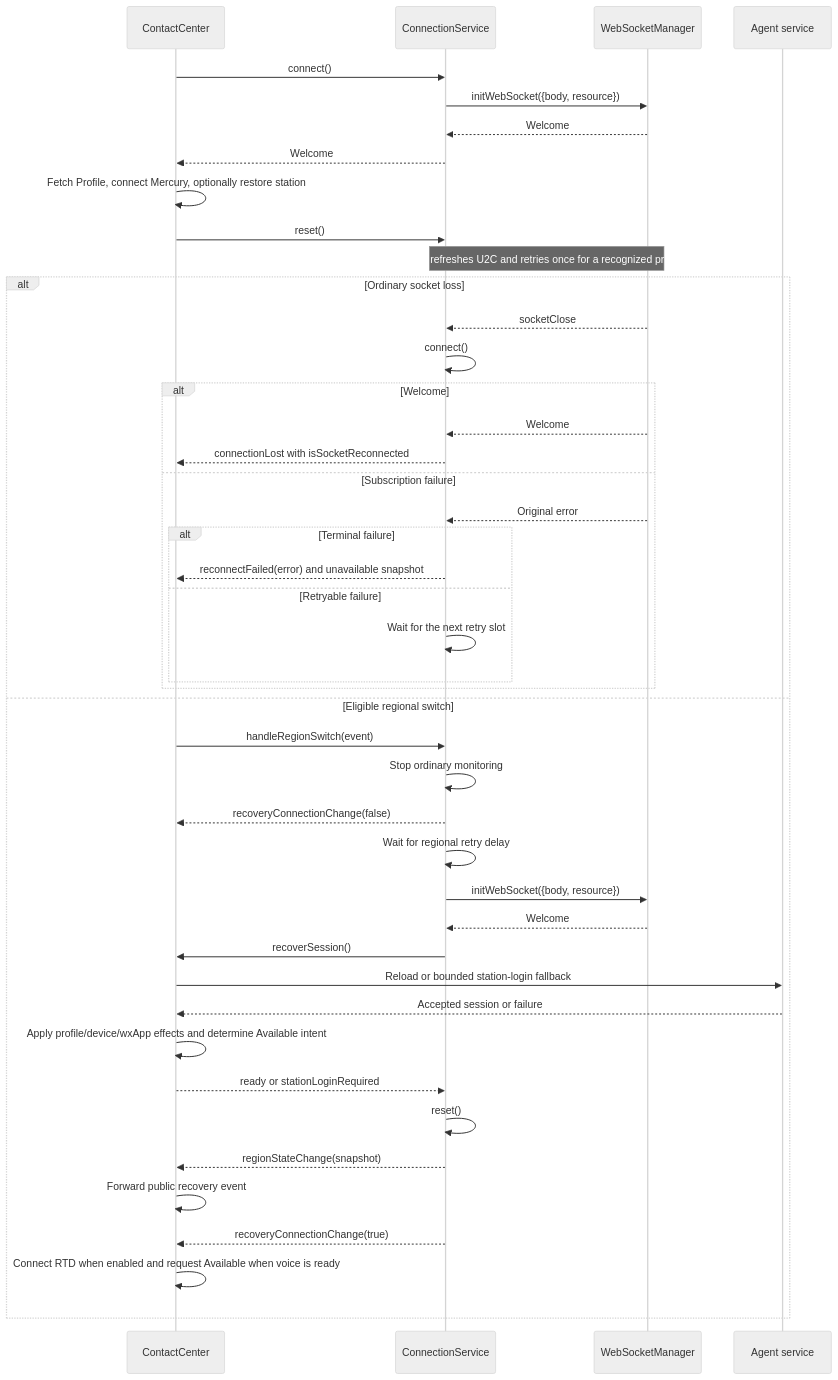
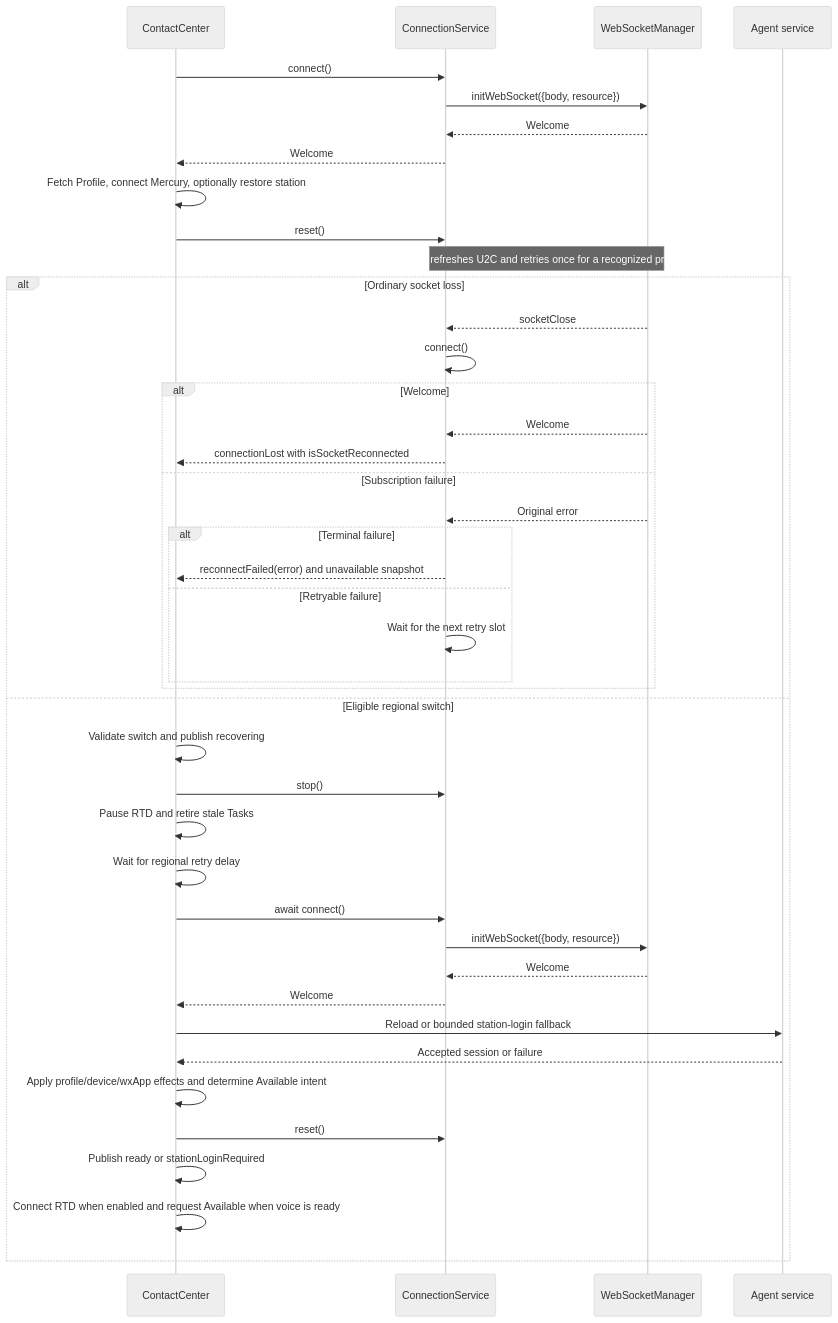
One commit to webex/webex-js-sdk changed the fourth of 7 diagrams in packages/@webex/contact-center/src/services/core/docs/README.md. Above: the diagram before and after it, drawn with Mermaid (neutral theme). The commit also changed other lines of this file and 12 other files, not shown here.

Commit message:
refactor(contact-center): orchestrate regional recovery in cc

````diff
--- a/packages/@webex/contact-center/src/services/core/docs/README.md
+++ b/packages/@webex/contact-center/src/services/core/docs/README.md
@@ -430,46 +429,44 @@
 ```mermaid
 sequenceDiagram
   participant CC as ContactCenter
   participant CS as ConnectionService
   participant WS as WebSocketManager
   participant Agent as Agent service
   CC->>CS: connect()
   CS->>WS: initWebSocket({body, resource})
   WS-->>CS: Welcome
   CS-->>CC: Welcome
   CC->>CC: Fetch Profile, connect Mercury, optionally restore station
   CC->>CS: reset()
   Note over CS,WS: connect() refreshes U2C and retries once for a recognized primary 409
   alt Ordinary socket loss
     WS-->>CS: socketClose
     CS->>CS: connect()
     alt Welcome
       WS-->>CS: Welcome
       CS-->>CC: connectionLost with isSocketReconnected
     else Subscription failure
       WS-->>CS: Original error
       alt Terminal failure
         CS-->>CC: reconnectFailed(error) and unavailable snapshot
       else Retryable failure
         CS->>CS: Wait for the next retry slot
       end
     end
   else Eligible regional switch
-    CC->>CS: handleRegionSwitch(event)
-    CS->>CS: Stop ordinary monitoring
-    CS-->>CC: recoveryConnectionChange(false)
-    CS->>CS: Wait for regional retry delay
+    CC->>CC: Validate switch and publish recovering
+    CC->>CS: stop()
+    CC->>CC: Pause RTD and retire stale Tasks
+    CC->>CC: Wait for regional retry delay
+    CC->>CS: await connect()
     CS->>WS: initWebSocket({body, resource})
     WS-->>CS: Welcome
-    CS->>CC: recoverSession()
+    CS-->>CC: Welcome
     CC->>Agent: Reload or bounded station-login fallback
     Agent-->>CC: Accepted session or failure
     CC->>CC: Apply profile/device/wxApp effects and determine Available intent
-    CC-->>CS: ready or stationLoginRequired
-    CS->>CS: reset()
-    CS-->>CC: regionStateChange(snapshot)
-    CC->>CC: Forward public recovery event
-    CS-->>CC: recoveryConnectionChange(true)
+    CC->>CS: reset()
+    CC->>CC: Publish ready or stationLoginRequired
     CC->>CC: Connect RTD when enabled and request Available when voice is ready
   end
 ```
````
